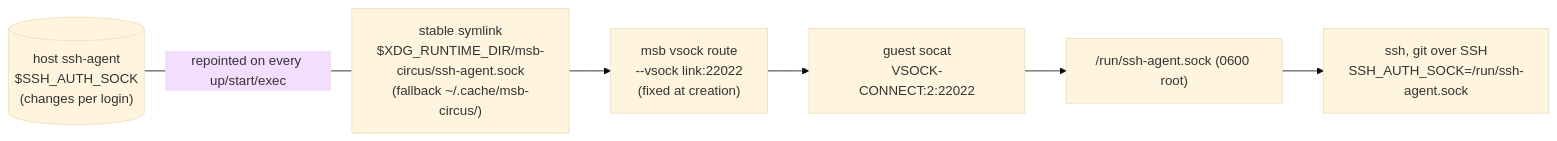
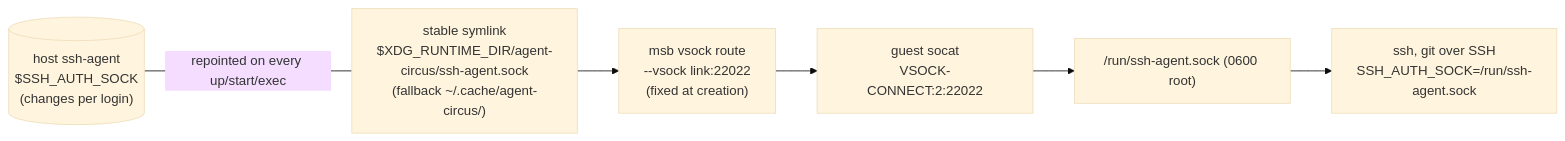
Before and after one commit to Embedded-Focus/agent-circus: the fifth of 6 diagrams in ARCHITECTURE.md, drawn with Mermaid (base theme). The commit also changed other lines of this file and 4 other files, not shown here.

````diff
--- a/ARCHITECTURE.md
+++ b/ARCHITECTURE.md
@@ -336,12 +272,12 @@
 ```mermaid
 flowchart LR
     hostagent[("host ssh-agent<br/>$SSH_AUTH_SOCK<br/>(changes per login)")]
-    link["stable symlink<br/>$XDG_RUNTIME_DIR/msb-circus/ssh-agent.sock<br/>(fallback ~/.cache/msb-circus/)"]
+    link["stable symlink<br/>$XDG_RUNTIME_DIR/agent-circus/ssh-agent.sock<br/>(fallback ~/.cache/agent-circus/)"]
     route["msb vsock route<br/>--vsock link:22022<br/>(fixed at creation)"]
     bridge["guest socat<br/>VSOCK-CONNECT:2:22022"]
     gsock["/run/ssh-agent.sock (0600 root)"]
     tools["ssh, git over SSH<br/>SSH_AUTH_SOCK=/run/ssh-agent.sock"]
 
     hostagent -- "repointed on every up/start/exec" --- link
     link --> route --> bridge --> gsock --> tools
 ```
````
